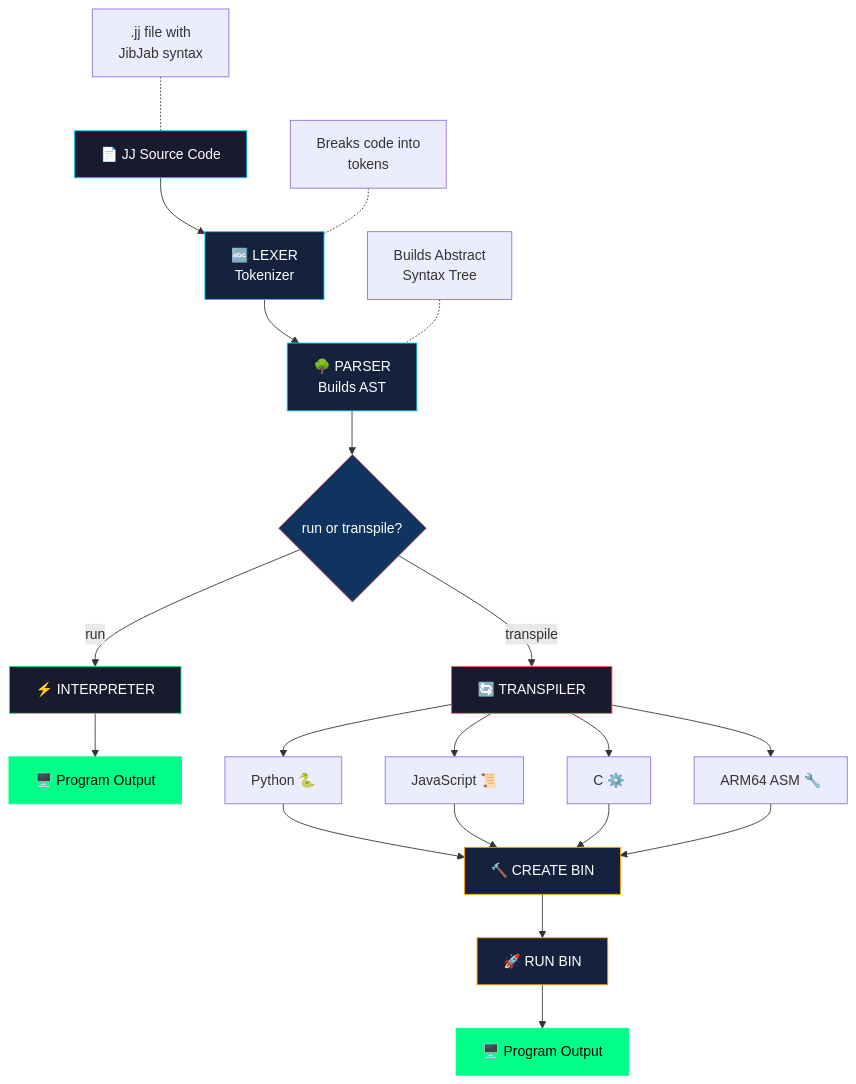
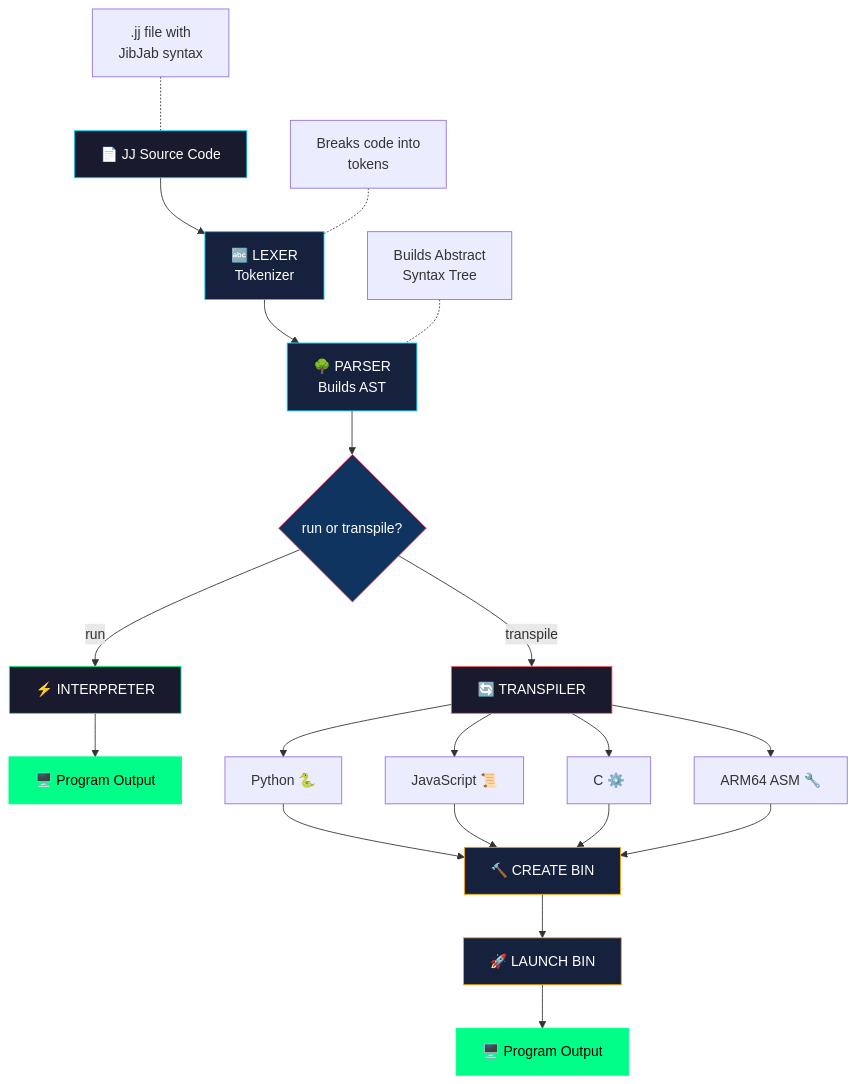
The diagram in README.md (SuperBox64/JibberJabber), drawn with Mermaid before and after one commit.

Commit message:
Change RUN BIN to LAUNCH BIN

````diff
--- a/README.md
+++ b/README.md
@@ -350,38 +350,38 @@
 ```mermaid
 flowchart TD
     A[📄 JJ Source Code] --> B[🔤 LEXER<br>Tokenizer]
     B --> C[🌳 PARSER<br>Builds AST]
     C --> D{run or transpile?}
 
     A1[".jj file with<br>JibJab syntax"] -.- A
     B1["Breaks code into<br>tokens"] -.- B
     C1["Builds Abstract<br>Syntax Tree"] -.- C
 
     D -->|run| E[⚡ INTERPRETER]
     E --> F[🖥️ Program Output]
 
     D -->|transpile| G[🔄 TRANSPILER]
     G --> H[Python 🐍]
     G --> I[JavaScript 📜]
     G --> J[C ⚙️]
     G --> K[ARM64 ASM 🔧]
 
     H --> M[🔨 CREATE BIN]
     I --> M
     J --> M
     K --> M
-    M --> N[🚀 RUN BIN]
+    M --> N[🚀 LAUNCH BIN]
     N --> O[🖥️ Program Output]
 
     style M fill:#16213e,stroke:#ffa500,color:#fff
     style N fill:#16213e,stroke:#ffa500,color:#fff
     style O fill:#00ff88,stroke:#00ff88,color:#000
 
     style A fill:#1a1a2e,stroke:#00d4ff,color:#fff
     style B fill:#16213e,stroke:#00d4ff,color:#fff
     style C fill:#16213e,stroke:#00d4ff,color:#fff
     style D fill:#0f3460,stroke:#e94560,color:#fff
     style E fill:#1a1a2e,stroke:#00ff88,color:#fff
     style F fill:#00ff88,stroke:#00ff88,color:#000
     style G fill:#1a1a2e,stroke:#ff6b6b,color:#fff
 ```
````
